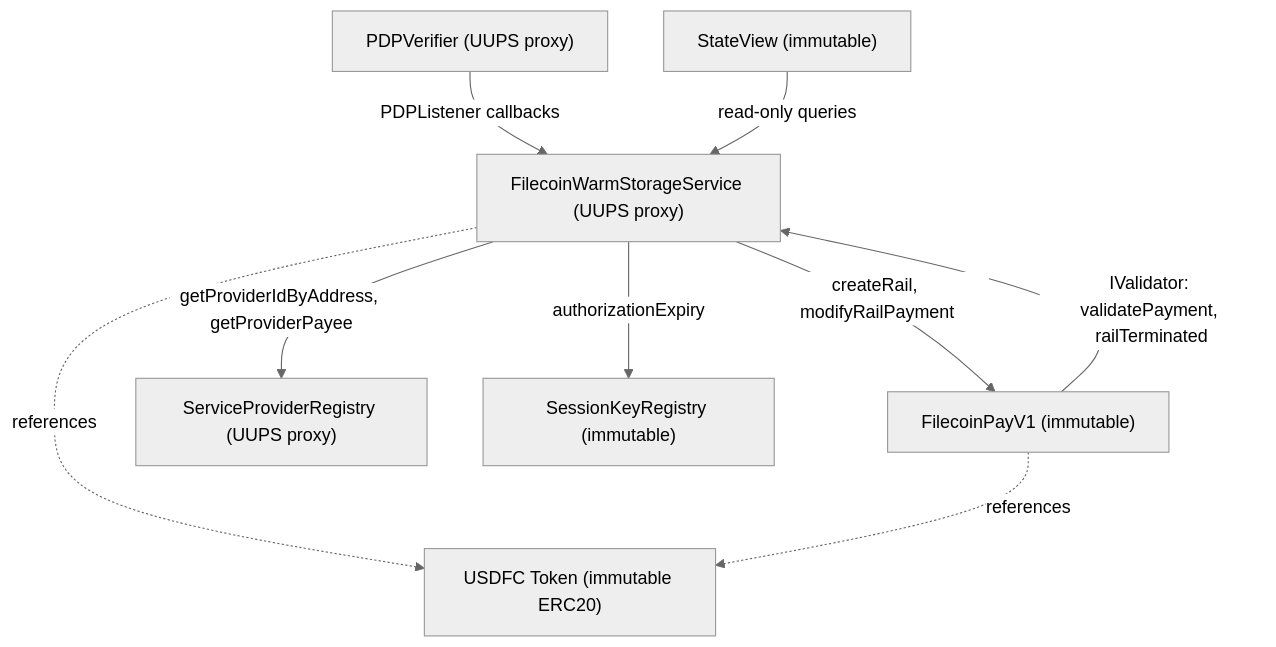
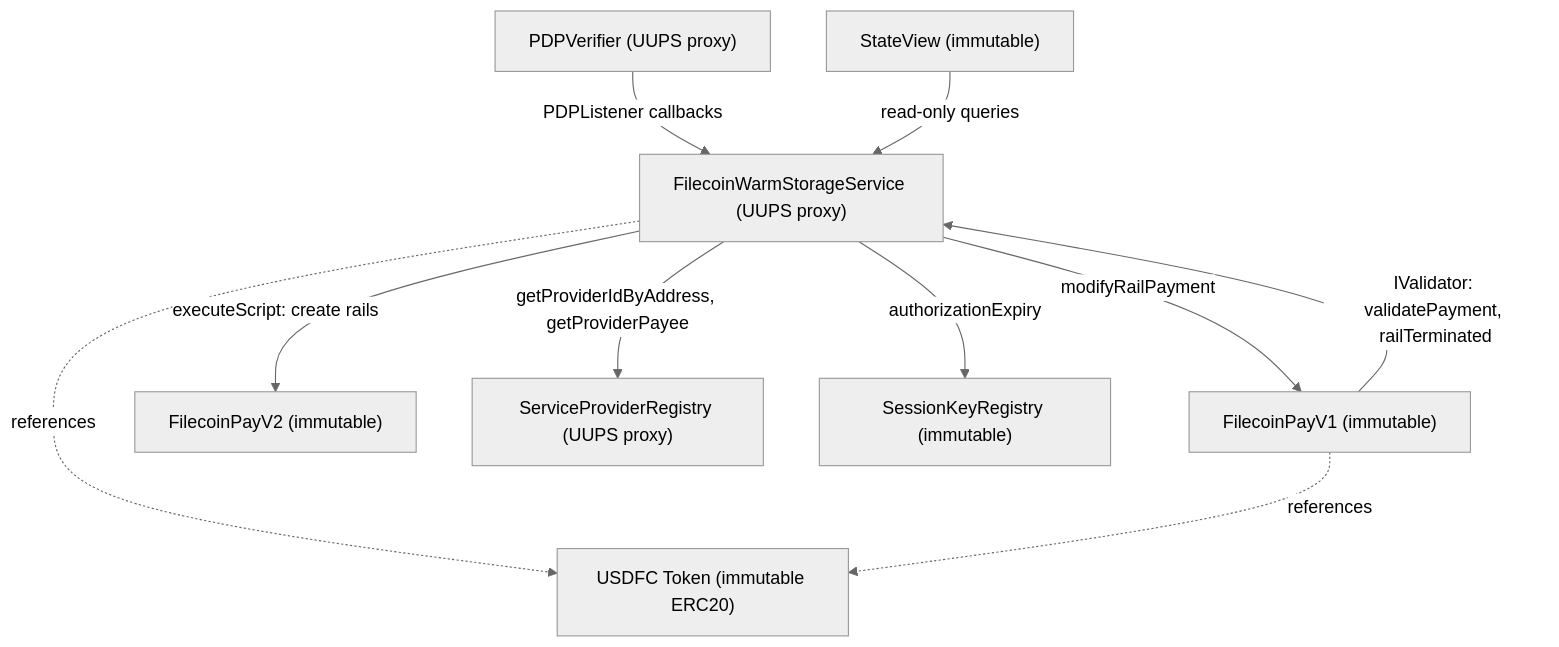
One commit to FilOzone/filecoin-services changed the first of 2 diagrams in SPEC.md. Above: the diagram before and after it, drawn with Mermaid (neutral theme). The commit also changed other lines of this file and 17 other files, not shown here.

First line of the commit message:
feat(fwss): create new data sets' rails on FilecoinPayV2

````diff
--- a/SPEC.md
+++ b/SPEC.md
@@ -347,19 +353,21 @@
 ```mermaid
 flowchart TB
   PDPV["PDPVerifier (UUPS proxy)"]
   FWSS["FilecoinWarmStorageService (UUPS proxy)"]
   FPV["FilecoinPayV1 (immutable)"]
+  FPV2["FilecoinPayV2 (immutable)"]
   SPR["ServiceProviderRegistry (UUPS proxy)"]
   SKR["SessionKeyRegistry (immutable)"]
   SV["StateView (immutable)"]
   USDFC["USDFC Token (immutable ERC20)"]
 
   PDPV -->|PDPListener callbacks| FWSS
-  FWSS -->|createRail, modifyRailPayment| FPV
+  FWSS -->|modifyRailPayment| FPV
+  FWSS -->|executeScript: create rails| FPV2
   FPV -->|IValidator: validatePayment, railTerminated| FWSS
   FWSS -->|getProviderIdByAddress, getProviderPayee| SPR
   FWSS -->|authorizationExpiry| SKR
   SV -->|read-only queries| FWSS
   FWSS -.->|references| USDFC
   FPV -.->|references| USDFC
 ```
````
